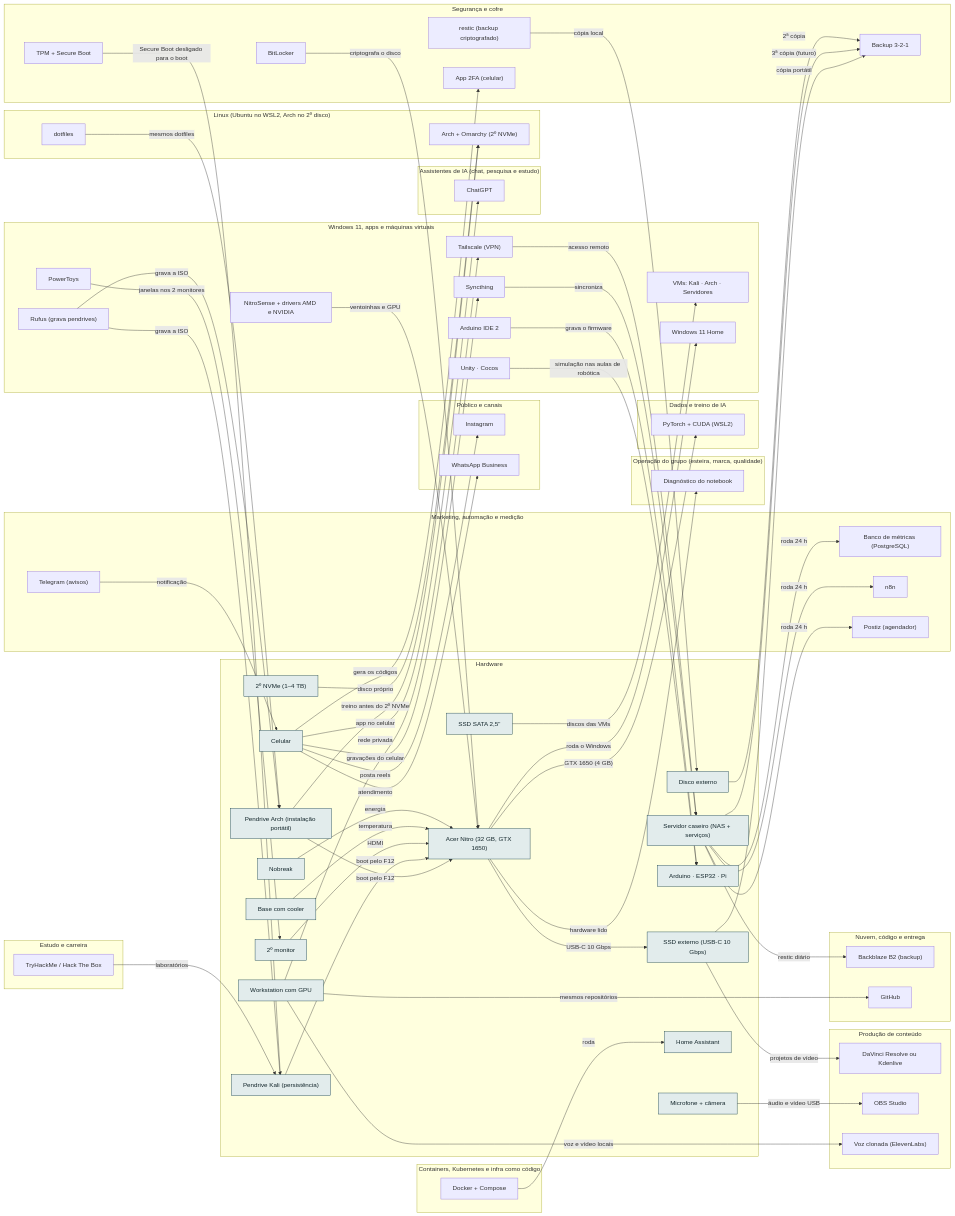
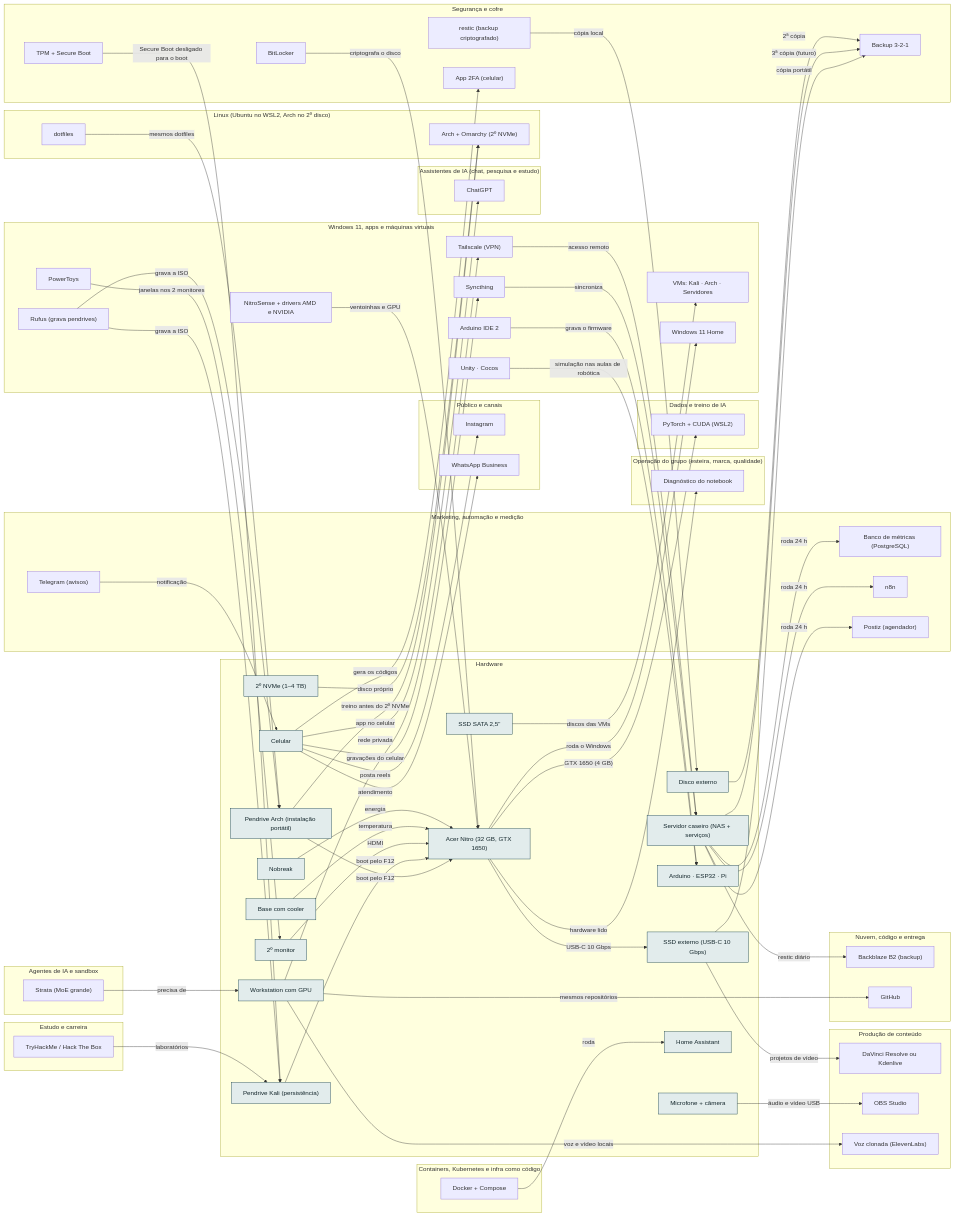
One commit to AlanMateus17/dev-setup changed the diagram in docs/camadas/01-hw.md. Above: the diagram before and after it, drawn with Mermaid. The commit also changed other lines of this file and 25 other files, not shown here.

```diff
--- a/docs/camadas/01-hw.md
+++ b/docs/camadas/01-hw.md
@@ -62,6 +62,9 @@
   end
   subgraph L_dados["Dados e treino de IA"]
     n_torch["PyTorch + CUDA (WSL2)"]
+  end
+  subgraph L_ia["Agentes de IA e sandbox"]
+    n_strata["Strata (MoE grande)"]
   end
   subgraph L_lin["Linux (Ubuntu no WSL2, Arch no 2º disco)"]
     n_arch["Arch + Omarchy (2º NVMe)"]
@@ -128,6 +131,7 @@
   n_ws -->|"rede privada"| n_tail
   n_ws -->|"mesmos repositórios"| n_gh
   n_ws -->|"voz e vídeo locais"| n_voz
+  n_strata -->|"precisa de"| n_ws
   n_docker -->|"roda"| n_ha
   classDef desta fill:#e2ecec,stroke:#0e3a45,color:#13262b
   class n_ups,n_cool,n_sata,n_nb,n_nvme,n_mon,n_mic,n_cel,n_ext,n_pkali,n_parch,n_rob,n_nas,n_ssdext,n_ws,n_ha desta
```
